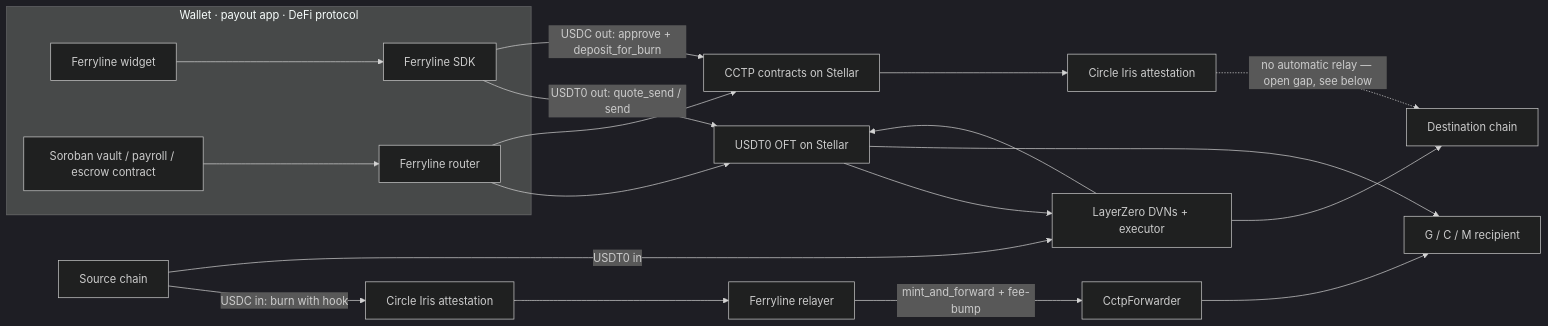
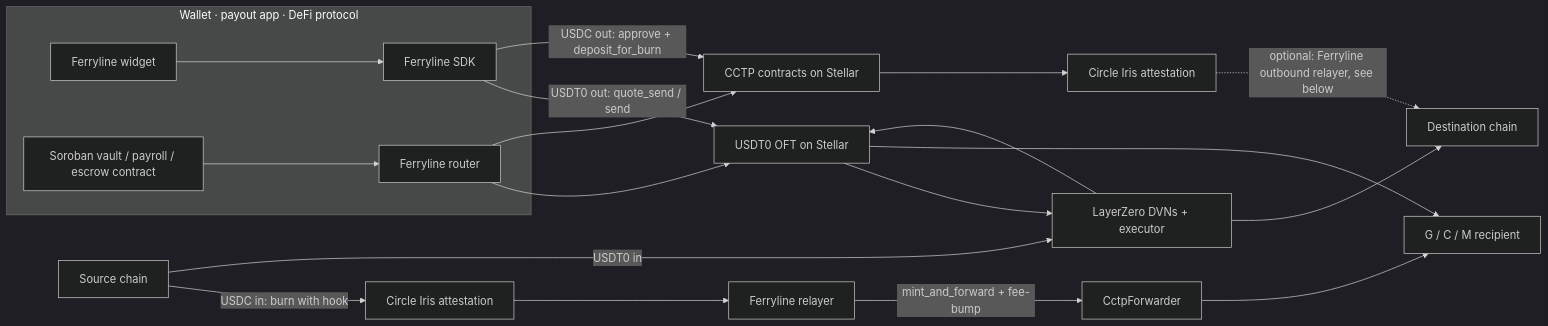
One commit to ferryline-labs/ferryline changed the diagram in README.md. Above: the diagram before and after it, drawn with Mermaid (dark theme). The commit also changed other lines of this file and 5 other files, not shown here.

````diff
--- a/README.md
+++ b/README.md
@@ -183,17 +186,17 @@
 ```mermaid
 flowchart LR
   subgraph App["Wallet · payout app · DeFi protocol"]
     W["Ferryline widget"] --> S["Ferryline SDK"]
     C["Soroban vault / payroll / escrow contract"] --> R["Ferryline router"]
   end
   S -->|"USDT0 out: quote_send / send"| OFT["USDT0 OFT on Stellar"]
   R --> OFT
   S -->|"USDC out: approve + deposit_for_burn"| TM["CCTP contracts on Stellar"]
   R --> TM
   OFT --> LZ["LayerZero DVNs + executor"] --> DST["Destination chain"]
   TM --> IRIS["Circle Iris attestation"]
-  IRIS -.->|"no automatic relay — open gap, see below"| DST
+  IRIS -.->|"optional: Ferryline outbound relayer, see below"| DST
   SRC["Source chain"] -->|"USDC in: burn with hook"| IRIS2["Circle Iris attestation"]
   IRIS2 --> RL["Ferryline relayer"] -->|"mint_and_forward + fee-bump"| FWD["CctpForwarder"] --> U["G / C / M recipient"]
   SRC -->|"USDT0 in"| LZ --> OFT --> U
 ```
````
